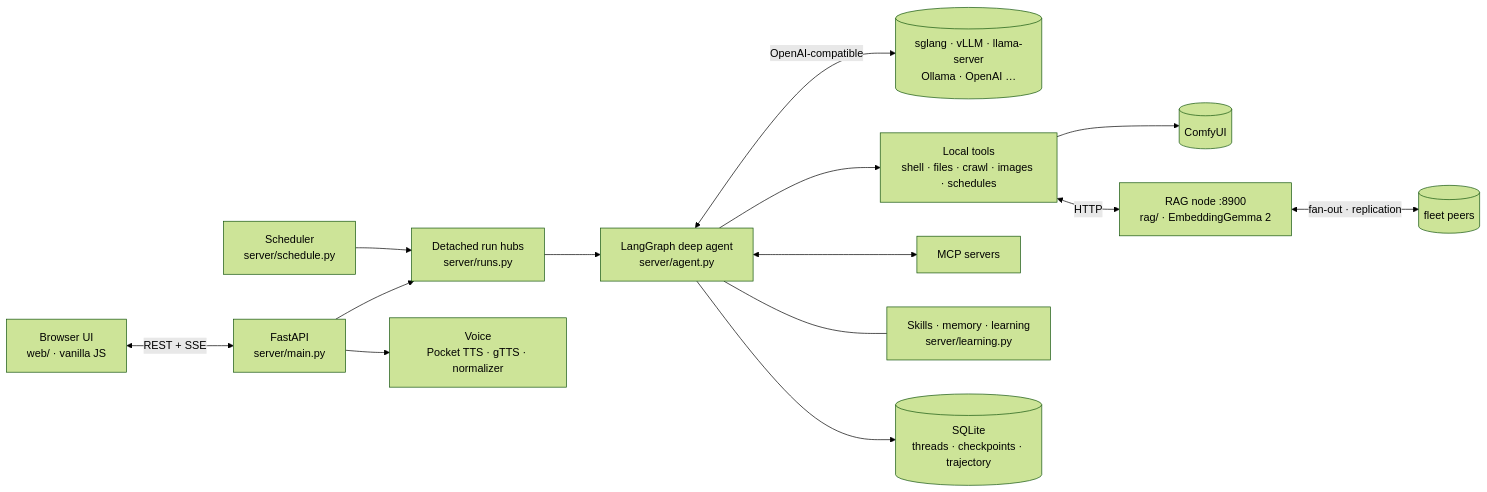
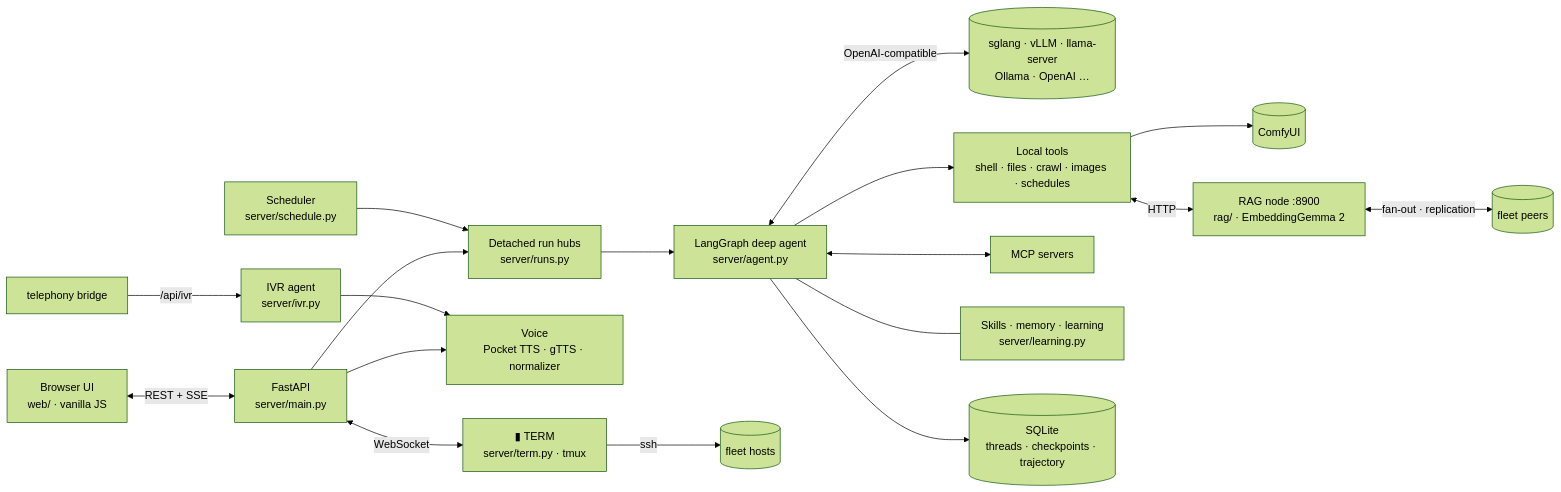
Before and after one commit to TyrelCB/langbang: the diagram in README.md, drawn with Mermaid (forest theme). The commit also changed other lines of this file and 1 other file, not shown here.

````diff
--- a/README.md
+++ b/README.md
@@ -128,16 +131,20 @@
 ```mermaid
 flowchart LR
     UI["Browser UI<br/>web/ · vanilla JS"] <-->|"REST + SSE"| API["FastAPI<br/>server/main.py"]
     API --> HUB["Detached run hubs<br/>server/runs.py"]
     SCHED["Scheduler<br/>server/schedule.py"] --> HUB
     HUB --> AGENT["LangGraph deep agent<br/>server/agent.py"]
     AGENT <-->|"OpenAI-compatible"| LLM[("sglang · vLLM · llama-server<br/>Ollama · OpenAI …")]
     AGENT --> TOOLS["Local tools<br/>shell · files · crawl · images · schedules"]
     AGENT <--> MCP["MCP servers"]
     AGENT --- MEM["Skills · memory · learning<br/>server/learning.py"]
     AGENT --> DB[("SQLite<br/>threads · checkpoints · trajectory")]
     API --> VOICE["Voice<br/>Pocket TTS · gTTS · normalizer"]
     TOOLS --> COMFY[("ComfyUI")]
+    API <-->|"WebSocket"| TERM["▮ TERM<br/>server/term.py · tmux"]
+    TERM -->|"ssh"| FLEET[("fleet hosts")]
+    PHONE["telephony bridge"] -->|"/api/ivr"| IVR["IVR agent<br/>server/ivr.py"]
+    IVR --> VOICE
     TOOLS <-->|"HTTP"| RAG["RAG node :8900<br/>rag/ · EmbeddingGemma 2"]
     RAG <-->|"fan-out · replication"| PEERS[("fleet peers")]
 ```
````
